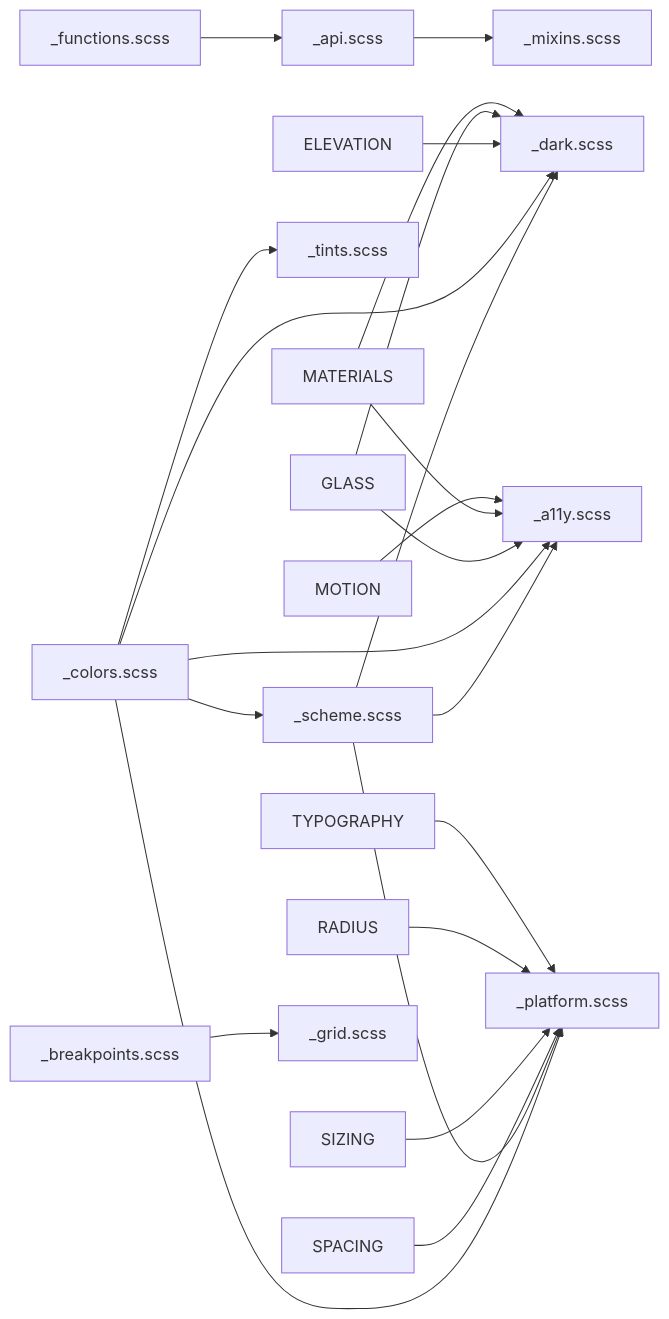
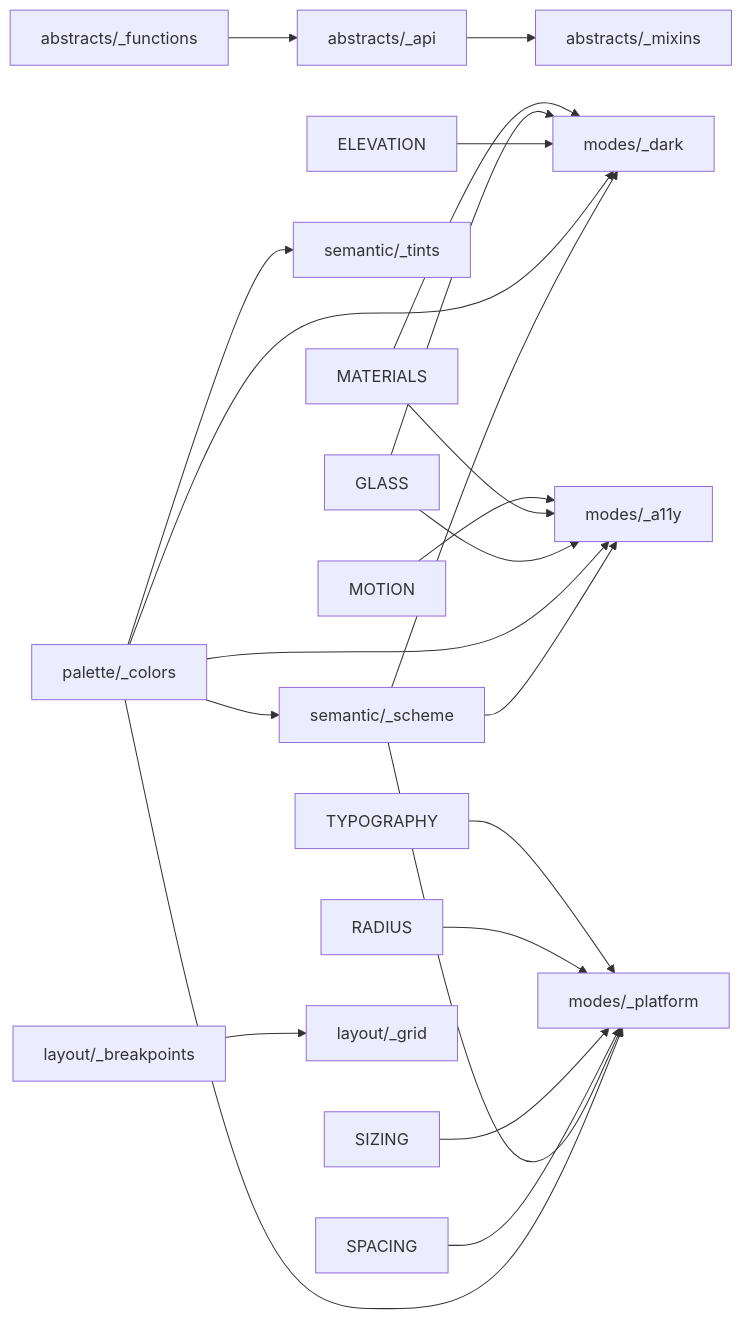
The second of 2 diagrams in libs/tokens/ARCHITECTURE.md (gacc94/ngx-cupertino), drawn with Mermaid before and after one commit. The commit also changed other lines of this file and 35 other files, not shown here.

````diff
--- a/libs/tokens/ARCHITECTURE.md
+++ b/libs/tokens/ARCHITECTURE.md
@@ -76,24 +99,24 @@
 ```mermaid
 graph LR
-    FUNC[_functions.scss] --> API[_api.scss]
-    API --> MIXINS[_mixins.scss]
-    COLORS[_colors.scss] --> SCHEME[_scheme.scss]
-    COLORS --> TINTS[_tints.scss]
-    SCHEME --> DARK[_dark.scss]
+    FUNC[abstracts/_functions] --> API[abstracts/_api]
+    API --> MIXINS[abstracts/_mixins]
+    COLORS[palette/_colors] --> SCHEME[semantic/_scheme]
+    COLORS --> TINTS[semantic/_tints]
+    SCHEME --> DARK[modes/_dark]
     COLORS --> DARK
     ELEVATION --> DARK
     GLASS --> DARK
     MATERIALS --> DARK
-    COLORS --> PLATFORM[_platform.scss]
+    COLORS --> PLATFORM[modes/_platform]
     SCHEME --> PLATFORM
     SPACING --> PLATFORM
     SIZING --> PLATFORM
     RADIUS --> PLATFORM
     TYPOGRAPHY --> PLATFORM
-    SCHEME --> A11Y[_a11y.scss]
+    SCHEME --> A11Y[modes/_a11y]
     COLORS --> A11Y
     GLASS --> A11Y
     MATERIALS --> A11Y
     MOTION --> A11Y
-    BREAKPOINTS[_breakpoints.scss] --> GRID[_grid.scss]
+    BREAKPOINTS[layout/_breakpoints] --> GRID[layout/_grid]
 ```
````
